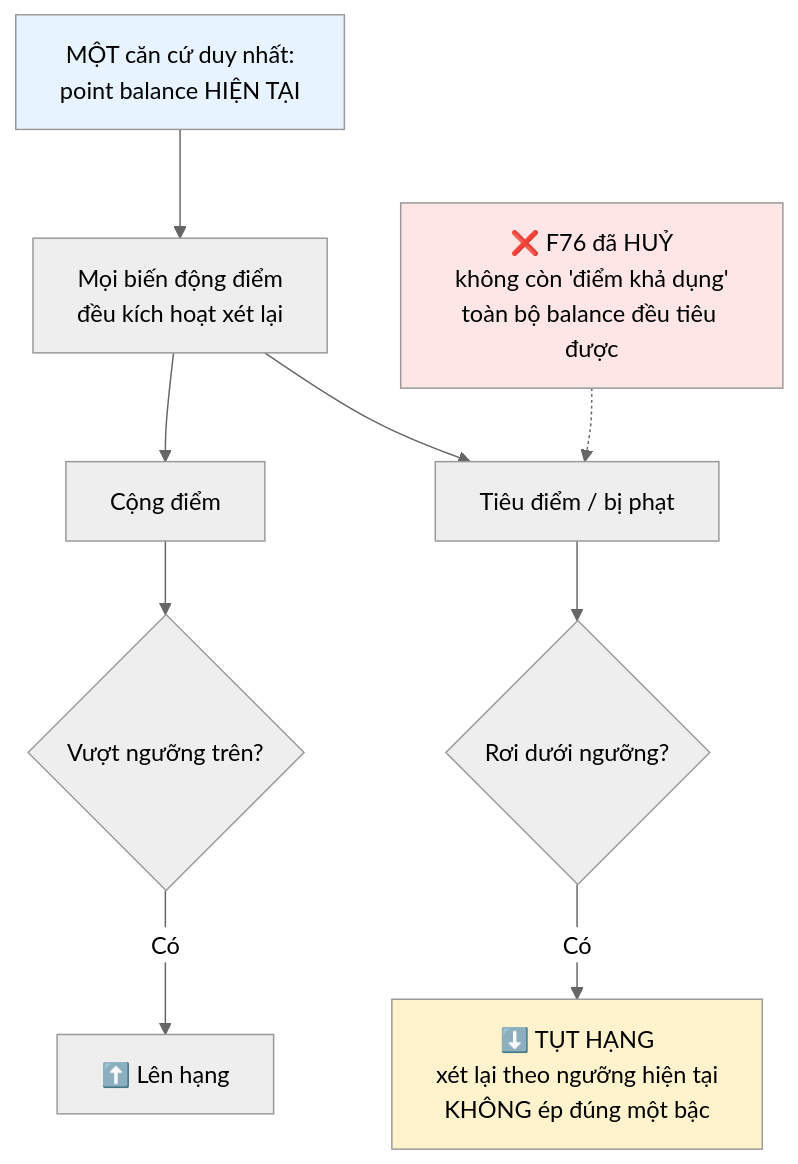
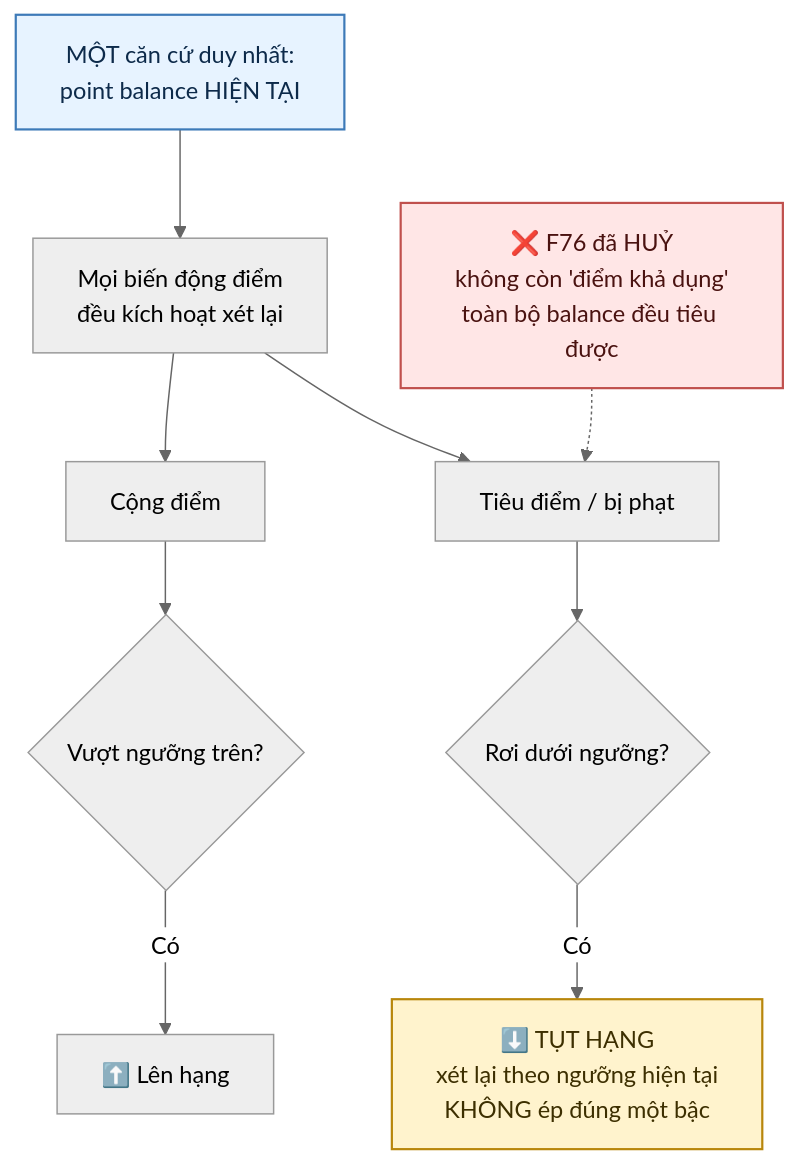
One commit to fdshn/trueheart changed the second of 7 diagrams in docs/diagram/12-rank.md. Above: the diagram before and after it, drawn with Mermaid (neutral theme). The commit also changed other lines of this file and 30 other files, not shown here.

First line of the commit message:
docs(diagram): chữ trong khối tô màu đọc được ở cả giao diện sáng và tối

````diff
--- a/docs/diagram/12-rank.md
+++ b/docs/diagram/12-rank.md
@@ -21,16 +21,16 @@
 ```mermaid
 flowchart TD
     A["MỘT căn cứ duy nhất:<br/>point balance HIỆN TẠI"] --> B[Mọi biến động điểm<br/>đều kích hoạt xét lại]
 
     B --> C[Cộng điểm] --> D{Vượt ngưỡng trên?}
     D -->|Có| E[⬆️ Lên hạng]
 
     B --> F[Tiêu điểm / bị phạt] --> G{Rơi dưới ngưỡng?}
     G -->|Có| H["⬇️ TỤT HẠNG<br/>xét lại theo ngưỡng hiện tại<br/>KHÔNG ép đúng một bậc"]
 
     I["❌ F76 đã HUỶ<br/>không còn 'điểm khả dụng'<br/>toàn bộ balance đều tiêu được"] -.-> F
 
-    style A fill:#e7f3ff
-    style H fill:#fff3cd
-    style I fill:#ffe6e6
+    style A fill:#e7f3ff,stroke:#3d7ab8,stroke-width:1.5px,color:#0d2a4a
+    style H fill:#fff3cd,stroke:#b8860b,stroke-width:1.5px,color:#3d2f00
+    style I fill:#ffe6e6,stroke:#c0504d,stroke-width:1.5px,color:#4a1210
 ```
````
